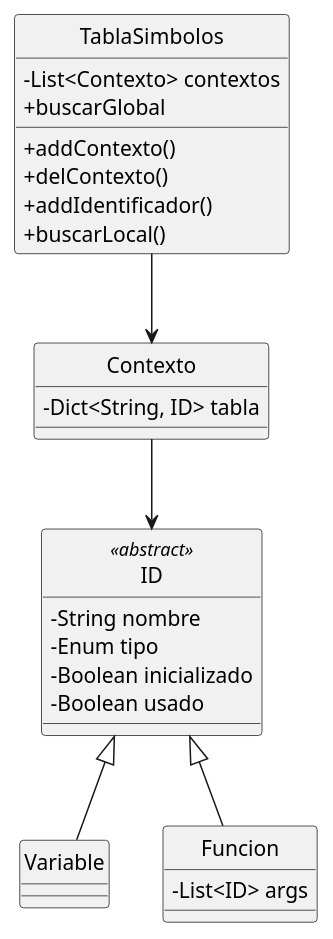
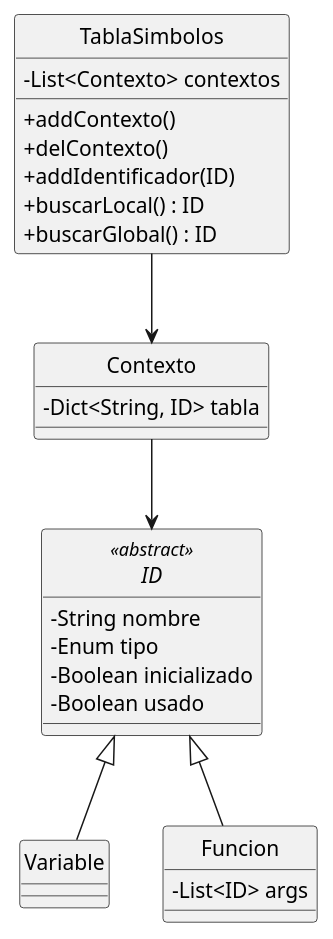
Before and after one commit to BidoneAndres/DHSBidoneFiesen: the diagram in TablaSimbolos.puml, drawn with PlantUML. The commit also changed 34 other files, not shown here.

```diff
--- a/TablaSimbolos.puml
+++ b/TablaSimbolos.puml
@@ -1,35 +1,39 @@
 @startuml TablaSimbolos
 
 skinparam ClassAttributeIconSize 0
 hide circle
 
 class TablaSimbolos{
     -List<Contexto> contextos
     +addContexto()
     +delContexto()
-    +addIdentificador()
-    +buscarLocal()
-    +buscarGlobal
+    +addIdentificador(ID)
+    +buscarLocal() : ID
+    +buscarGlobal() : ID
 }
 
 class Contexto{
     - Dict<String, ID> tabla
 }
 
-class ID<<abstract>>{
+abstract class ID<<abstract>>{
     -String nombre
     -Enum tipo
     -Boolean inicializado
     -Boolean usado
 }
 
-class Variable
+class Variable{
+
+}
+
 class Funcion{
     -List<ID> args
 }
 
 TablaSimbolos --> Contexto
 Contexto-->ID
 ID <|-- Variable
 ID <|-- Funcion
+
 @enduml
```
